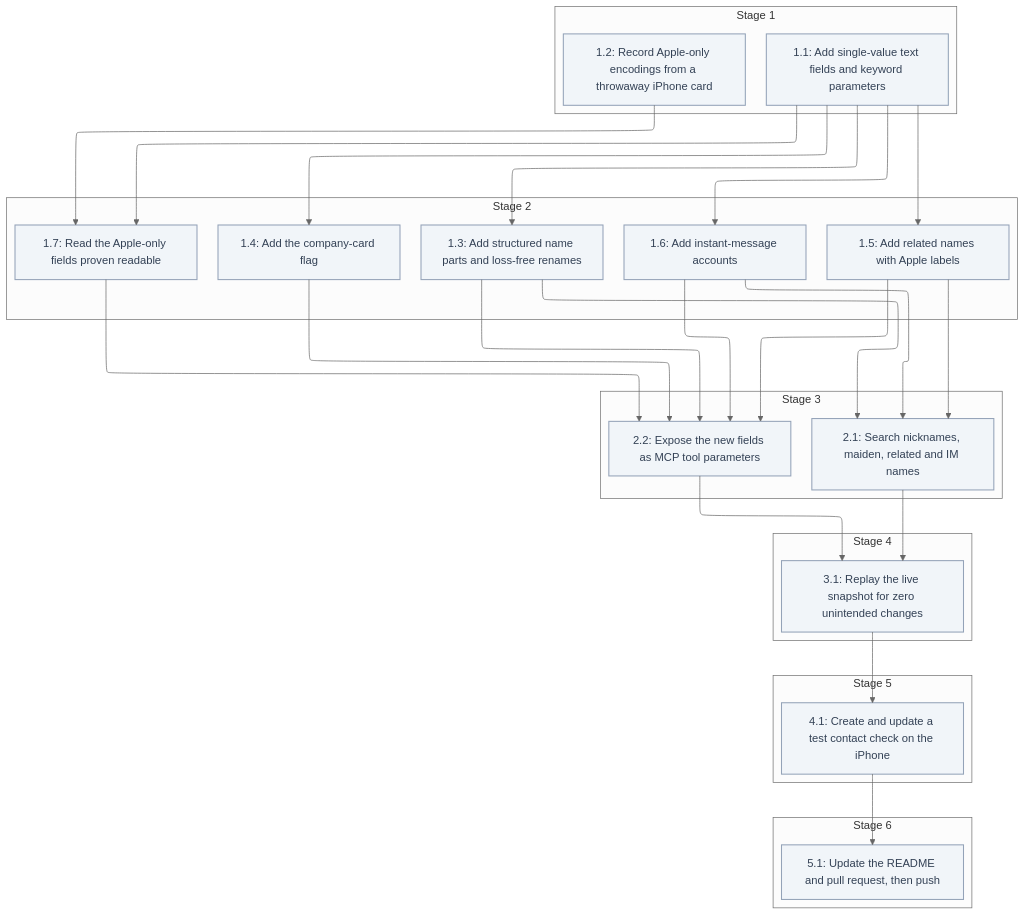
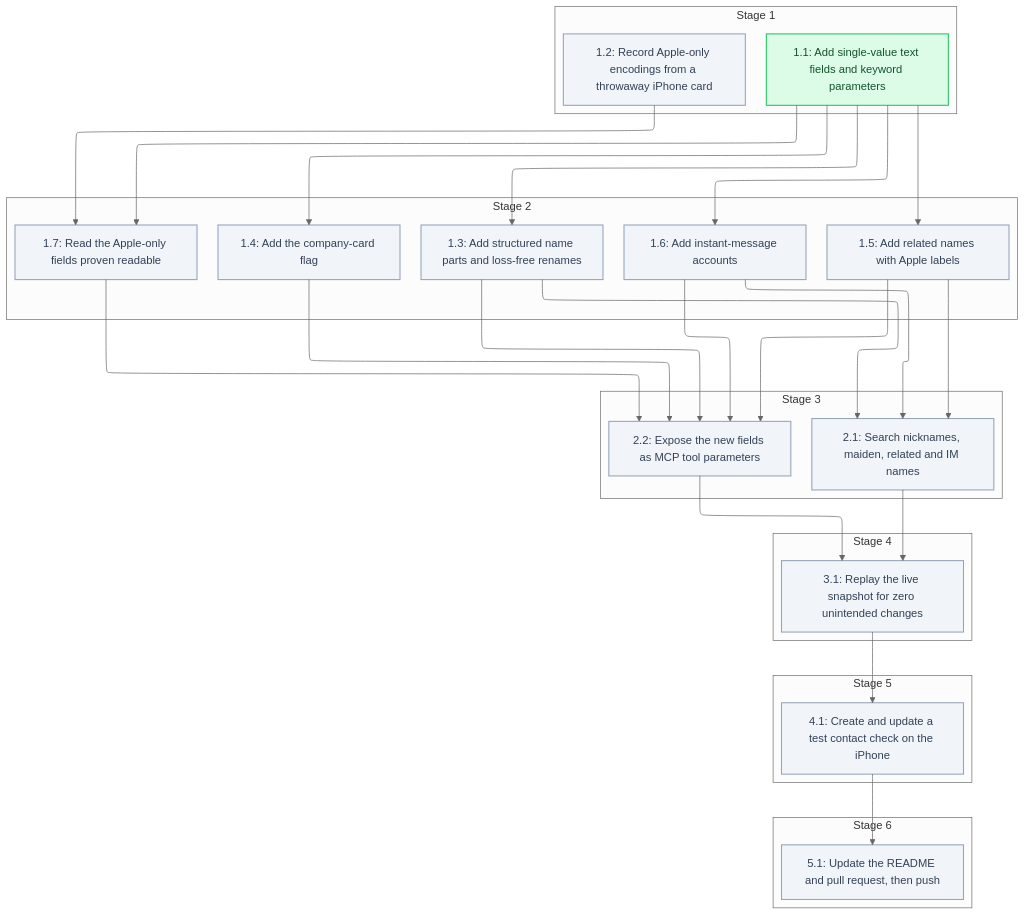
The diagram in .specs/contact-fields-completion/04_tasks.md (sohampatwardhan/icloud-mcp), drawn with Mermaid (neutral theme) before and after one commit. The commit also changed other lines of this file and 10 other files, not shown here.

````diff
--- a/.specs/contact-fields-completion/04_tasks.md
+++ b/.specs/contact-fields-completion/04_tasks.md
@@ -9,59 +9,60 @@
 ```mermaid
 %%{init: {'flowchart': {'defaultRenderer': 'elk'}}}%%
 flowchart TD
+  classDef done fill:#dcfce7,stroke:#22c55e,stroke-width:1.5px,color:#14532d
   classDef pending fill:#f1f5f9,stroke:#94a3b8,stroke-width:1.5px,color:#334155
   subgraph n_stage_1["Stage 1"]
     n_1_1@{ shape: rect, label: "1.1: Add single-value text fields and keyword parameters" }
     n_1_2@{ shape: rect, label: "1.2: Record Apple-only encodings from a throwaway iPhone card" }
   end
   subgraph n_stage_2["Stage 2"]
     n_1_3@{ shape: rect, label: "1.3: Add structured name parts and loss-free renames" }
     n_1_4@{ shape: rect, label: "1.4: Add the company-card flag" }
     n_1_5@{ shape: rect, label: "1.5: Add related names with Apple labels" }
     n_1_6@{ shape: rect, label: "1.6: Add instant-message accounts" }
     n_1_7@{ shape: rect, label: "1.7: Read the Apple-only fields proven readable" }
   end
   subgraph n_stage_3["Stage 3"]
     n_2_1@{ shape: rect, label: "2.1: Search nicknames, maiden, related and IM names" }
     n_2_2@{ shape: rect, label: "2.2: Expose the new fields as MCP tool parameters" }
   end
   subgraph n_stage_4["Stage 4"]
     n_3_1@{ shape: rect, label: "3.1: Replay the live snapshot for zero unintended changes" }
   end
   subgraph n_stage_5["Stage 5"]
     n_4_1@{ shape: rect, label: "4.1: Create and update a test contact check on the iPhone" }
   end
   subgraph n_stage_6["Stage 6"]
     n_5_1@{ shape: rect, label: "5.1: Update the README and pull request, then push" }
   end
   n_1_1 --> n_1_3
   n_1_1 --> n_1_4
   n_1_1 --> n_1_5
   n_1_1 --> n_1_6
   n_1_1 --> n_1_7
   n_1_2 --> n_1_7
   n_1_3 --> n_2_1
   n_1_5 --> n_2_1
   n_1_6 --> n_2_1
   n_1_3 --> n_2_2
   n_1_4 --> n_2_2
   n_1_5 --> n_2_2
   n_1_6 --> n_2_2
   n_1_7 --> n_2_2
   n_2_1 --> n_3_1
   n_2_2 --> n_3_1
   n_3_1 --> n_4_1
   n_4_1 --> n_5_1
-  class n_1_1 pending
+  class n_1_1 done
   class n_1_2 pending
   class n_1_3 pending
   class n_1_4 pending
   class n_1_5 pending
   class n_1_6 pending
   class n_1_7 pending
   class n_2_1 pending
   class n_2_2 pending
   class n_3_1 pending
   class n_4_1 pending
   class n_5_1 pending
 ```
````
